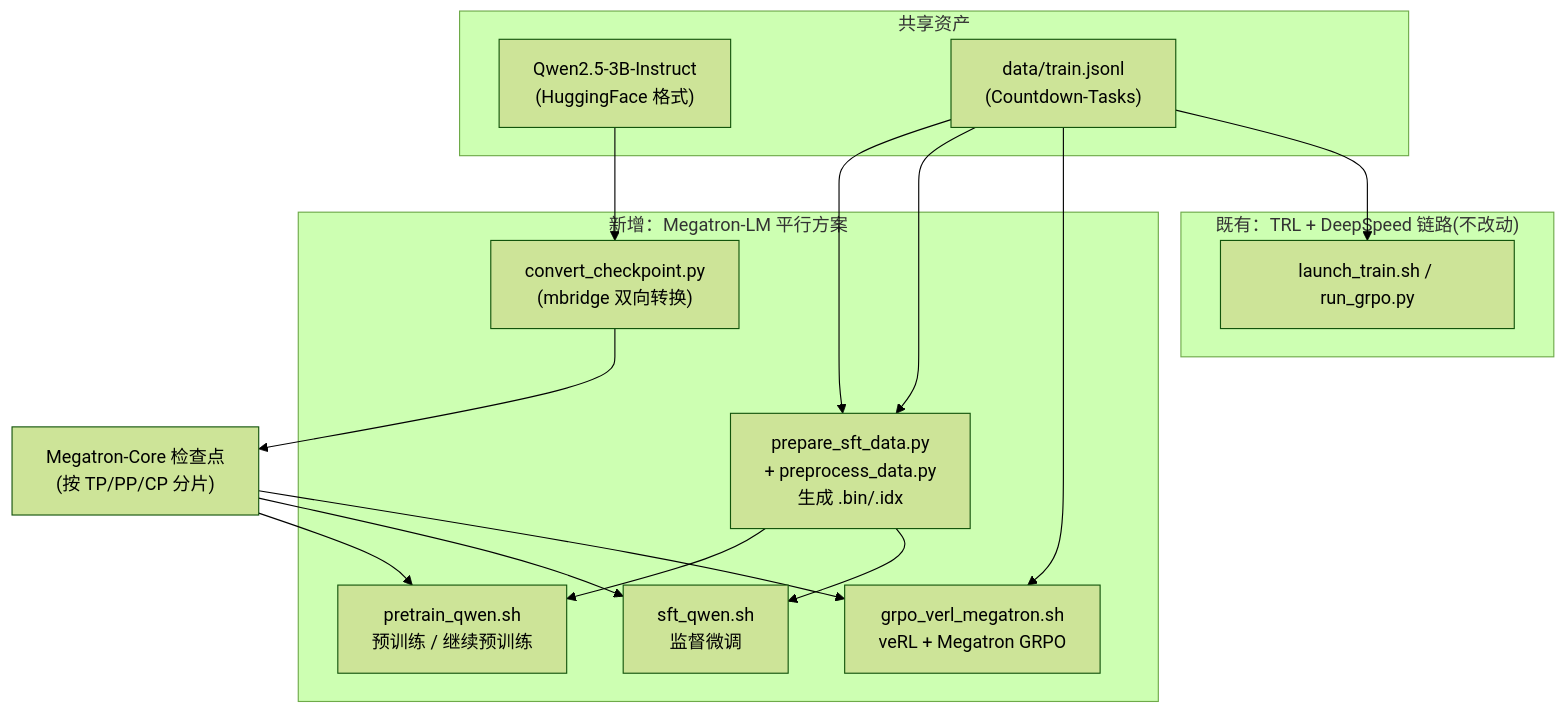
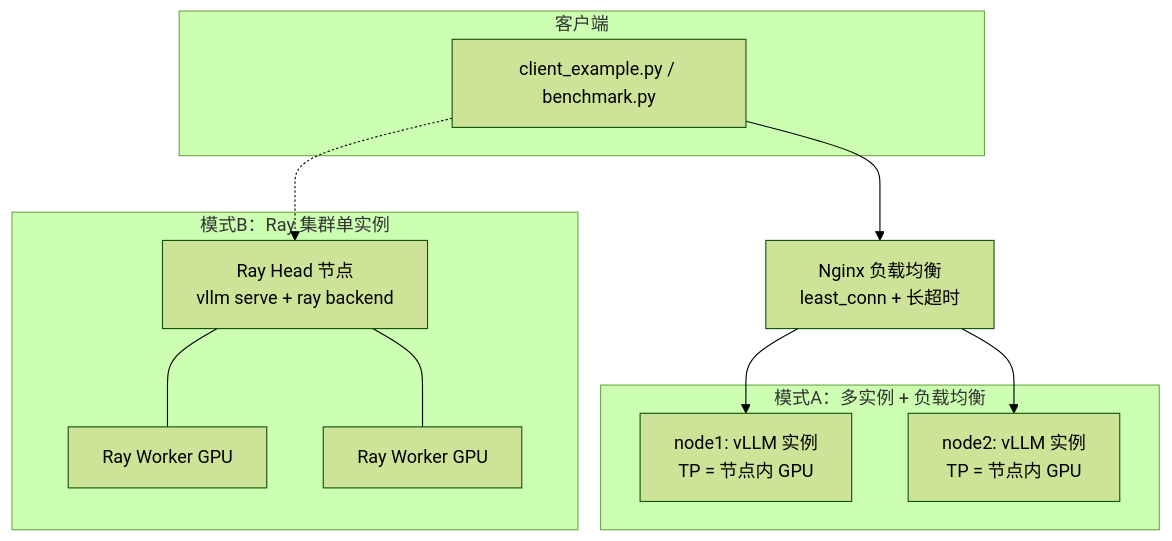
Before and after one commit to mspythontu/Distributed-Training-and-Deployment-of-Large-Models: the diagram in .codebuddy/plans/megatron-lm-distributed-training_92978ee7.md, drawn with Mermaid (forest theme). The commit also changed other lines of this file and 18 other files, not shown here.

````diff
--- a/.codebuddy/plans/megatron-lm-distributed-training_92978ee7.md
+++ b/.codebuddy/plans/megatron-lm-distributed-training_92978ee7.md
@@ -111,28 +89,22 @@
 ```mermaid
 flowchart TB
-    subgraph SRC["共享资产"]
-        HF["Qwen2.5-3B-Instruct<br/>(HuggingFace 格式)"]
-        JSONL["data/train.jsonl<br/>(Countdown-Tasks)"]
+    subgraph CLIENT["客户端"]
+        C1["client_example.py / benchmark.py"]
     end
-
-    subgraph MEG["新增：Megatron-LM 平行方案"]
-        CV["convert_checkpoint.py<br/>(mbridge 双向转换)"]
-        PD["prepare_sft_data.py<br/>+ preprocess_data.py<br/>生成 .bin/.idx"]
-        PT["pretrain_qwen.sh<br/>预训练 / 继续预训练"]
-        SFT["sft_qwen.sh<br/>监督微调"]
-        RL["grpo_verl_megatron.sh<br/>veRL + Megatron GRPO"]
+    LB["Nginx 负载均衡<br/>least_conn + 长超时"]
+    subgraph MODE_A["模式A：多实例 + 负载均衡"]
+        N1["node1: vLLM 实例<br/>TP = 节点内 GPU"]
+        N2["node2: vLLM 实例<br/>TP = 节点内 GPU"]
     end
-
-    subgraph OLD["既有：TRL + DeepSpeed 链路(不改动)"]
-        GRPO["launch_train.sh / run_grpo.py"]
+    subgraph MODE_B["模式B：Ray 集群单实例"]
+        RH["Ray Head 节点<br/>vllm serve + ray backend"]
+        RW1["Ray Worker GPU"]
+        RW2["Ray Worker GPU"]
     end
-
-    HF --> CV --> CV2["Megatron-Core 检查点<br/>(按 TP/PP/CP 分片)"]
-    CV2 --> PT
-    CV2 --> SFT
-    CV2 --> RL
-    JSONL --> PD --> PT
-    JSONL --> PD --> SFT
-    JSONL --> RL
-    JSONL --> GRPO
+    C1 --> LB
+    LB --> N1
+    LB --> N2
+    C1 -.-> RH
+    RH --- RW1
+    RH --- RW2
 ```
````
